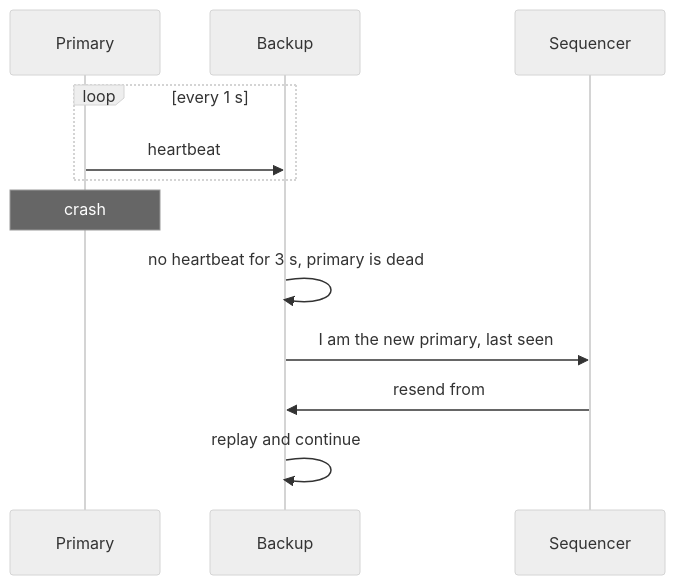
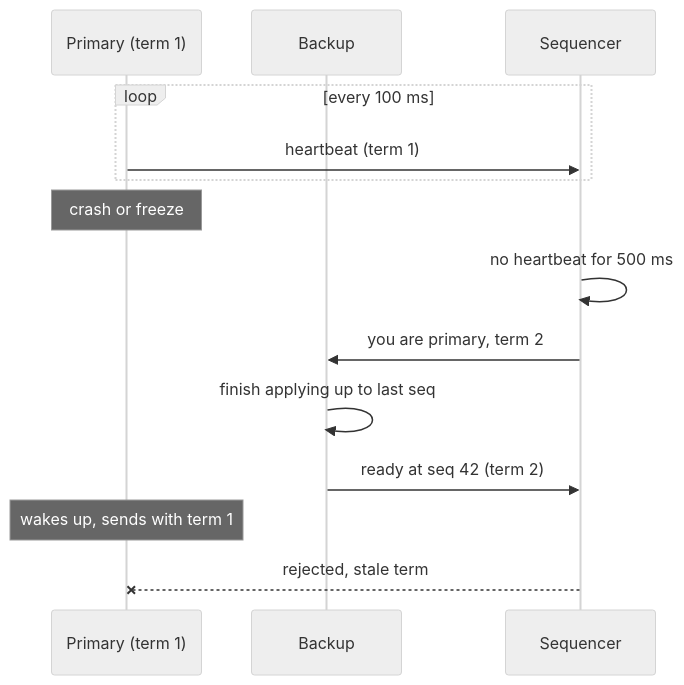
Before and after one commit to jan-lozano-dev/cpp-orderbook: the second of 4 diagrams in v2/idea.md, drawn with Mermaid (neutral theme). The commit also changed other lines of this file, not shown here.

````diff
--- a/v2/idea.md
+++ b/v2/idea.md
@@ -118,14 +226,16 @@
 ```mermaid
 sequenceDiagram
-    participant P as Primary
+    participant P as Primary (term 1)
     participant B as Backup
     participant S as Sequencer
-    loop every 1 s
-        P->>B: heartbeat
+    loop every 100 ms
+        P->>S: heartbeat (term 1)
     end
-    Note over P: crash
-    B->>B: no heartbeat for 3 s, primary is dead
-    B->>S: I am the new primary, last seen #42
-    S->>B: resend from #43
-    B->>B: replay and continue
+    Note over P: crash or freeze
+    S->>S: no heartbeat for 500 ms
+    S->>B: you are primary, term 2
+    B->>B: finish applying up to last seq
+    B->>S: ready at seq 42 (term 2)
+    Note over P: wakes up, sends with term 1
+    S--xP: rejected, stale term
 ```
````
